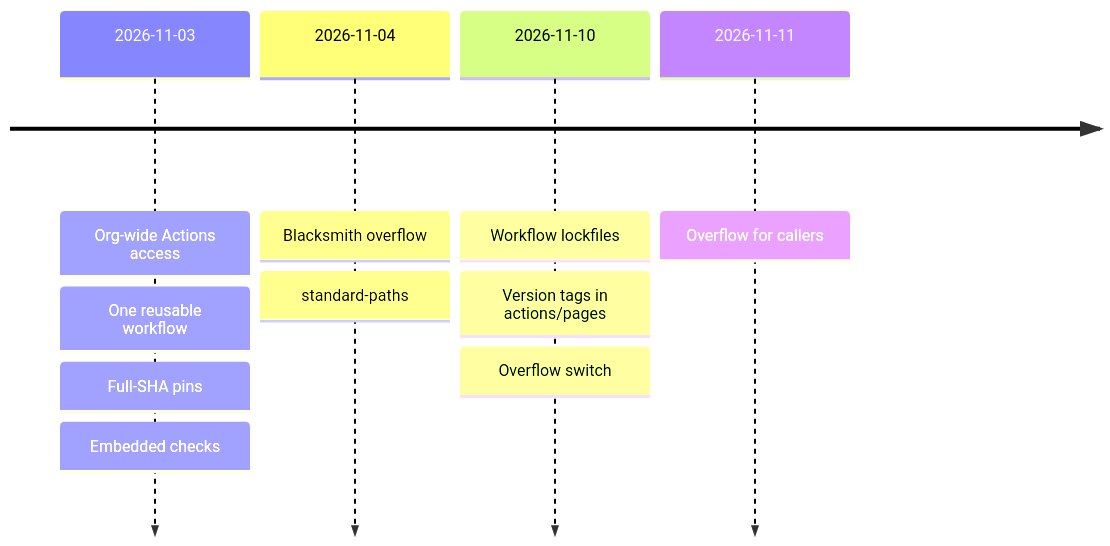
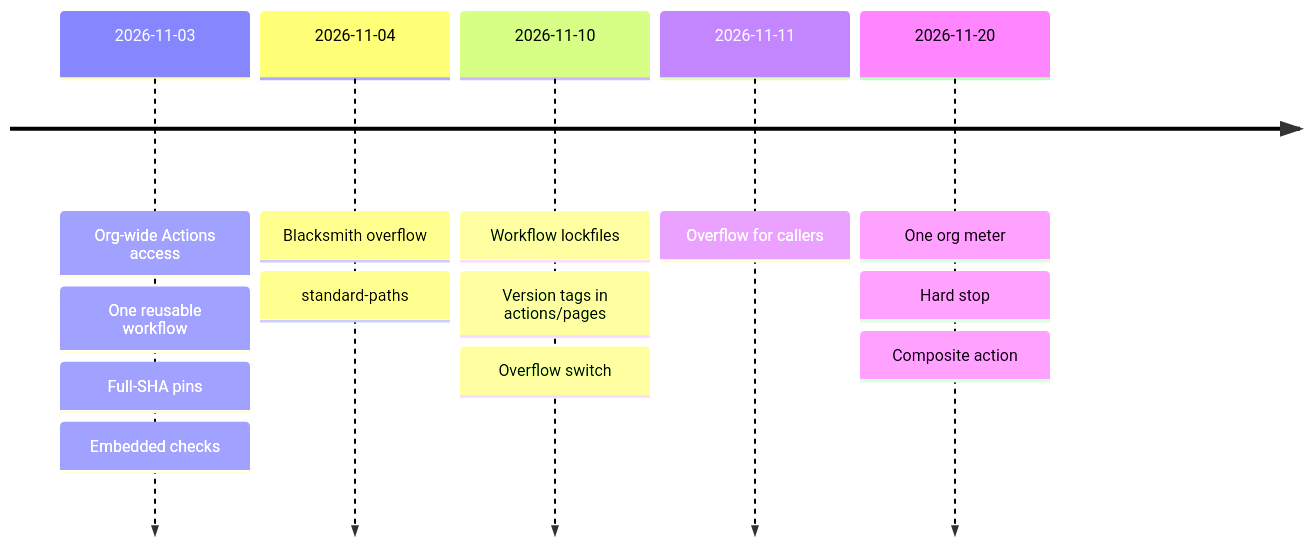
Before and after one commit to SoulCraft-Org/git-crafter: the diagram in templates/ci/DECISIONS.md, drawn with Mermaid. The commit also changed other lines of this file and 4 other files, not shown here.

````diff
--- a/templates/ci/DECISIONS.md
+++ b/templates/ci/DECISIONS.md
@@ -5,7 +5,8 @@
 ```mermaid
 timeline
   2026-11-03 : Org-wide Actions access : One reusable workflow : Full-SHA pins : Embedded checks
   2026-11-04 : Blacksmith overflow : standard-paths
   2026-11-10 : Workflow lockfiles : Version tags in actions/pages : Overflow switch
   2026-11-11 : Overflow for callers
+  2026-11-20 : One org meter : Hard stop : Composite action
 ```
````
